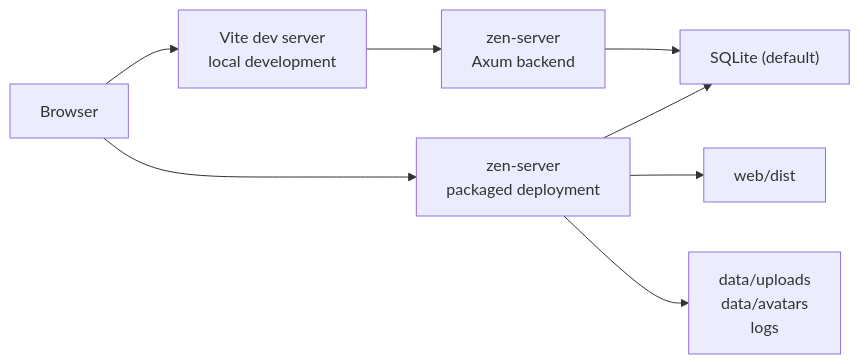
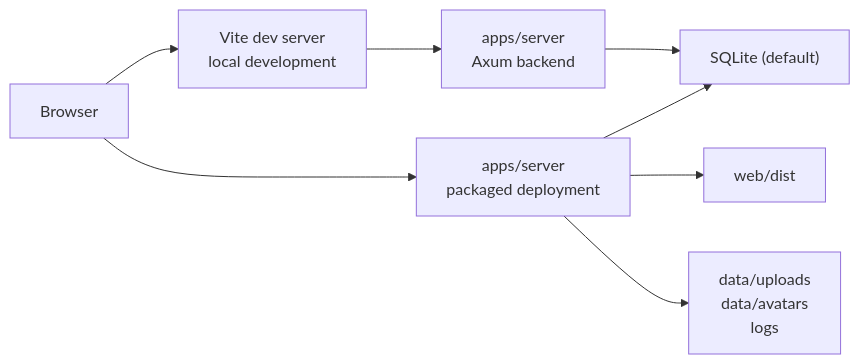
One commit to rustzen/rustzen-admin changed the first of 4 diagrams in docs/reference/architecture-diagrams.md. Above: the diagram before and after it, drawn with Mermaid. The commit also changed 18 other files, not shown here.

````diff
--- a/docs/reference/architecture-diagrams.md
+++ b/docs/reference/architecture-diagrams.md
@@ -7,10 +7,10 @@
 ```mermaid
 flowchart LR
     Browser["Browser"] --> WebDev["Vite dev server<br/>local development"]
-    WebDev --> Backend["zen-server<br/>Axum backend"]
-    Browser --> BackendDeploy["zen-server<br/>packaged deployment"]
+    WebDev --> Backend["apps/server<br/>Axum backend"]
+    Browser --> BackendDeploy["apps/server<br/>packaged deployment"]
     BackendDeploy --> StaticFiles["web/dist"]
     Backend --> Db["SQLite (default)"]
     BackendDeploy --> Db
     BackendDeploy --> RuntimeData["data/uploads<br/>data/avatars<br/>logs"]
 ```
````
